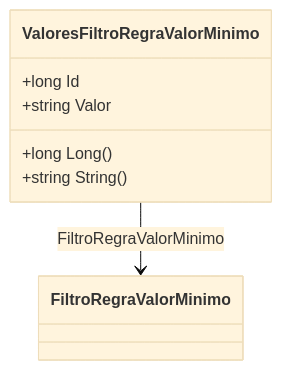
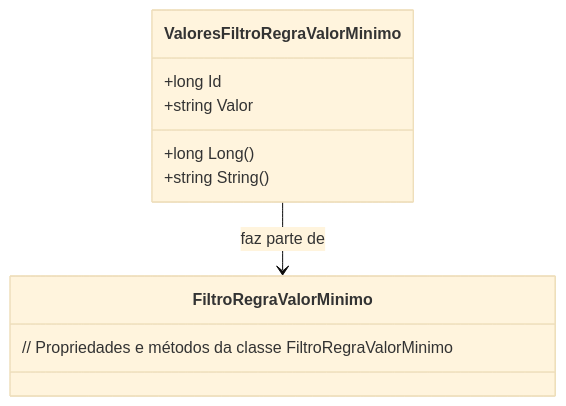
Before and after one commit to IsthmusSistemas/documentacao-tecnica: the diagram in docs/b2b-dominio/IsthmusWinthor.Nucleo/IsthmusWinthor.Dominio/Entidades/ValoresFiltroRegraValorMinimo.md, drawn with Mermaid (base theme). The commit also changed other lines of this file and 882 other files, not shown here.

````diff
--- a/docs/b2b-dominio/IsthmusWinthor.Nucleo/IsthmusWinthor.Dominio/Entidades/ValoresFiltroRegraValorMinimo.md
+++ b/docs/b2b-dominio/IsthmusWinthor.Nucleo/IsthmusWinthor.Dominio/Entidades/ValoresFiltroRegraValorMinimo.md
@@ -41,10 +37,15 @@
 ```mermaid
 classDiagram
     class ValoresFiltroRegraValorMinimo {
         +long Id
         +string Valor
         +long Long()
         +string String()
     }
-    ValoresFiltroRegraValorMinimo --> FiltroRegraValorMinimo : FiltroRegraValorMinimo
+
+    class FiltroRegraValorMinimo {
+        // Propriedades e métodos da classe FiltroRegraValorMinimo
+    }
+
+    ValoresFiltroRegraValorMinimo --> FiltroRegraValorMinimo : faz parte de
 ```
````
